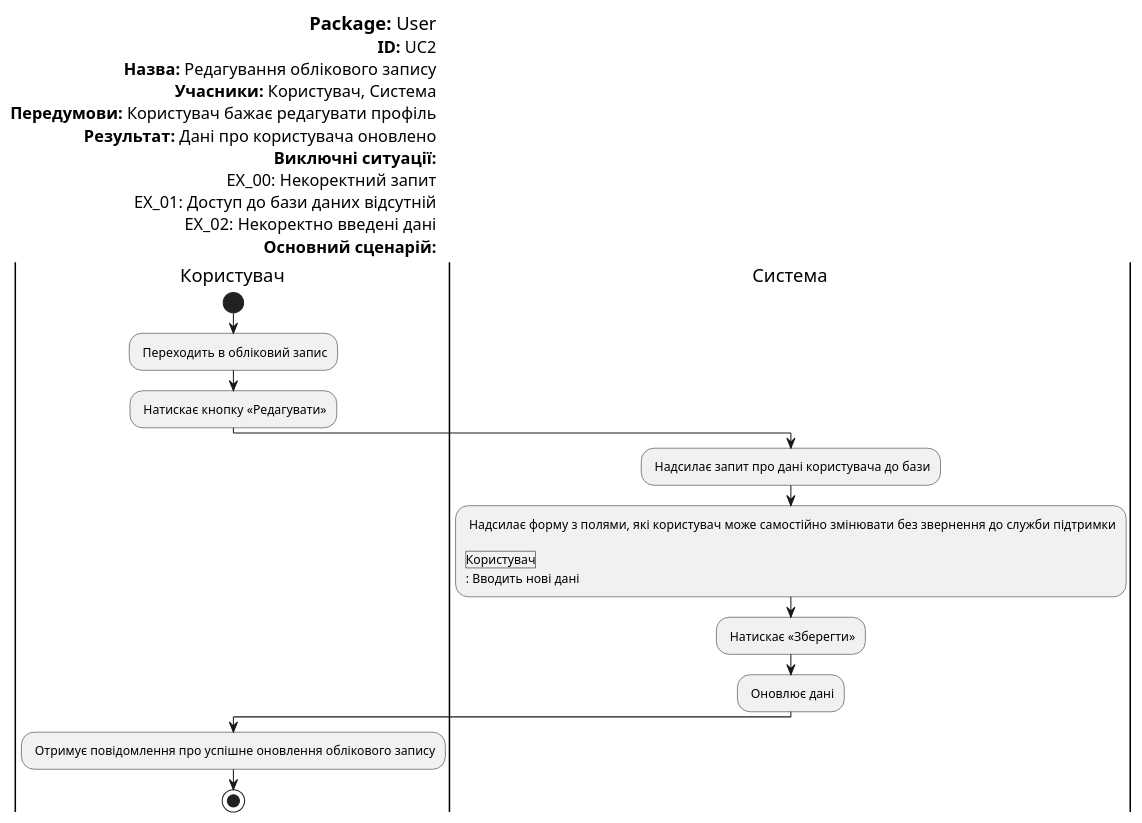
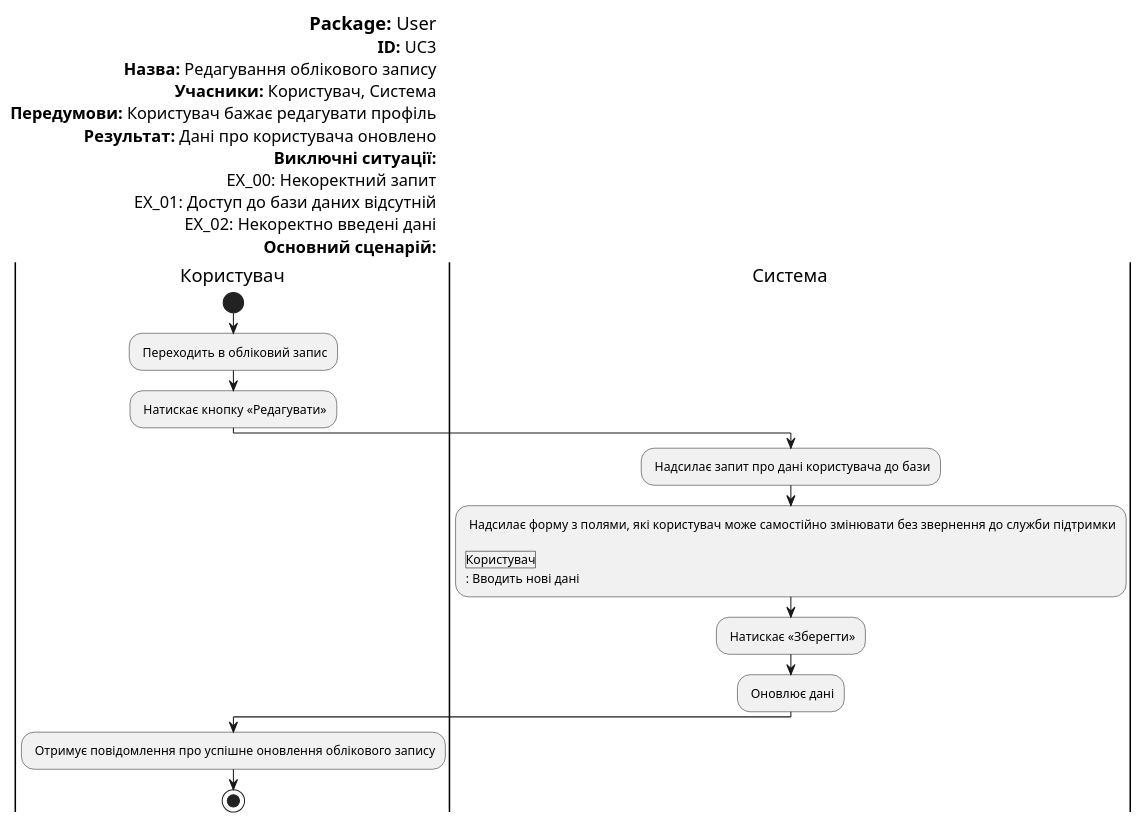
The diagram in UML/user/Diagrams/UC3.pu (yehorbk/kpi-programming), drawn with PlantUML before and after one commit.

```diff
--- a/UML/user/Diagrams/UC3.pu
+++ b/UML/user/Diagrams/UC3.pu
@@ -1,46 +1,46 @@
 @startuml 
 
 left header
 <font color=000 size=18><b>Package:</b> User
-<font color=000 size=16><b>ID:</b> UC2
+<font color=000 size=16><b>ID:</b> UC3
 <font color=000 size=16><b>Назва:</b> Редагування облікового запису
 <font color=000 size=16><b>Учасники:</b> Користувач, Система
 <font color=000 size=16><b>Передумови:</b> Користувач бажає редагувати профіль
 <font color=000 size=16><b>Результат:</b> Дані про користувача оновлено
 <font color=000 size=16><b>Виключні ситуації:</b>
 <font color=000 size=16>EX_00: Некоректний запит
 <font color=000 size=16>EX_01: Доступ до бази даних відсутній
 <font color=000 size=16>EX_02: Некоректно введені дані
 <font color=000 size=16><b>Основний сценарій:</b>
 end header
 
 skinparam	shadowing false
 skinparam Note {
 	BackgroundColor #f85658
 	FontColor #ffffff
 }
 
 |Користувач|
 start
 : Переходить в обліковий запис;
 
 : Натискає кнопку «Редагувати»;
 
 |Система|
 : Надсилає запит про дані користувача до бази;
 
 : Надсилає форму з полями, які користувач може самостійно змінювати без звернення до служби підтримки
 
 |Користувач|
 : Вводить нові дані;
 
 : Натискає «Зберегти»;
 
 |Система|
 : Оновлює дані;
 
 |Користувач|
 : Отримує повідомлення про успішне оновлення облікового запису;
 
 stop;
 @enduml
```
